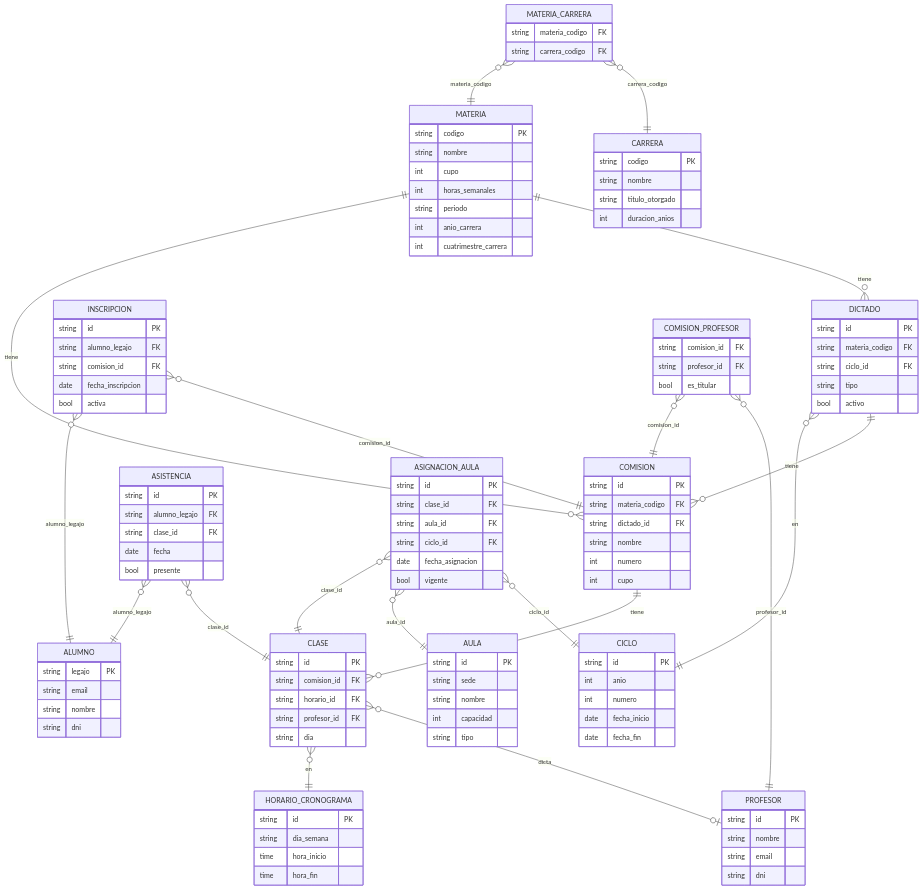
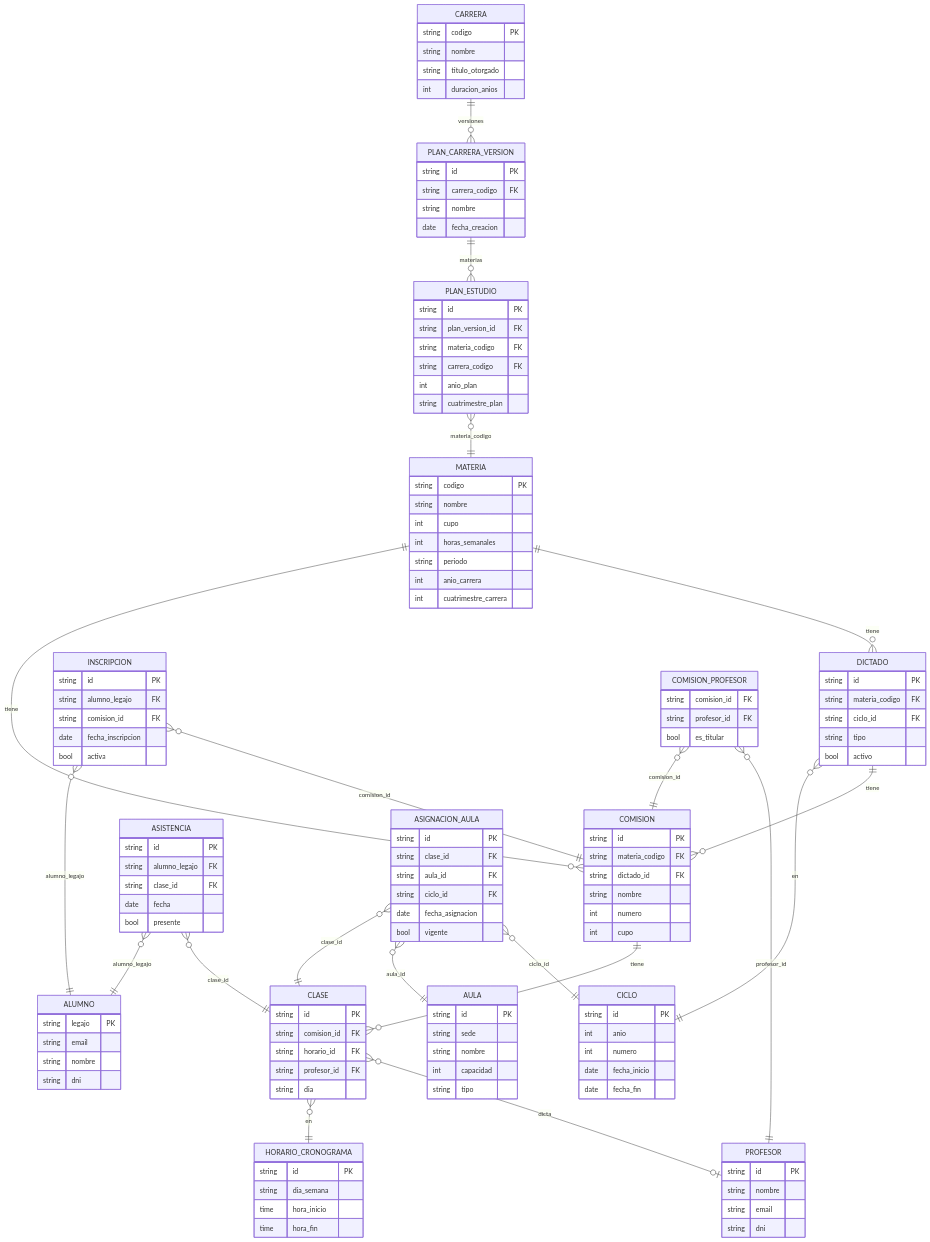
Before and after one commit to l-antonelli/gestor-aulas: the sixth of 12 diagrams in project/0. Planteo/modelo-er.md, drawn with Mermaid. The commit also changed other lines of this file and 3 other files, not shown here.

First line of the commit message:
actualiza documentacion para versionado de planes de estudio

````diff
--- a/project/0. Planteo/modelo-er.md
+++ b/project/0. Planteo/modelo-er.md
@@ -496,9 +501,19 @@
     }
 
     %% Tablas de Enlace (amarillo)
-    MATERIA_CARRERA {
+    PLAN_CARRERA_VERSION {
+        string id PK
+        string carrera_codigo FK
+        string nombre
+        date fecha_creacion
+    }
+    PLAN_ESTUDIO {
+        string id PK
+        string plan_version_id FK
         string materia_codigo FK
         string carrera_codigo FK
+        int anio_plan
+        string cuatrimestre_plan
     }
     COMISION_PROFESOR {
         string comision_id FK
@@ -524,9 +539,10 @@
     ASIGNACION_AULA }o--|| AULA : "aula_id"
     ASIGNACION_AULA }o--|| CICLO : "ciclo_id"
 
-    %% Relaciones de Tablas de Enlace
-    MATERIA_CARRERA }o--|| MATERIA : "materia_codigo"
-    MATERIA_CARRERA }o--|| CARRERA : "carrera_codigo"
+    %% Relaciones de Tablas de Enlace (versionado de planes)
+    CARRERA ||--o{ PLAN_CARRERA_VERSION : "versiones"
+    PLAN_CARRERA_VERSION ||--o{ PLAN_ESTUDIO : "materias"
+    PLAN_ESTUDIO }o--|| MATERIA : "materia_codigo"
     COMISION_PROFESOR }o--|| COMISION : "comision_id"
     COMISION_PROFESOR }o--|| PROFESOR : "profesor_id"
 ```
````
